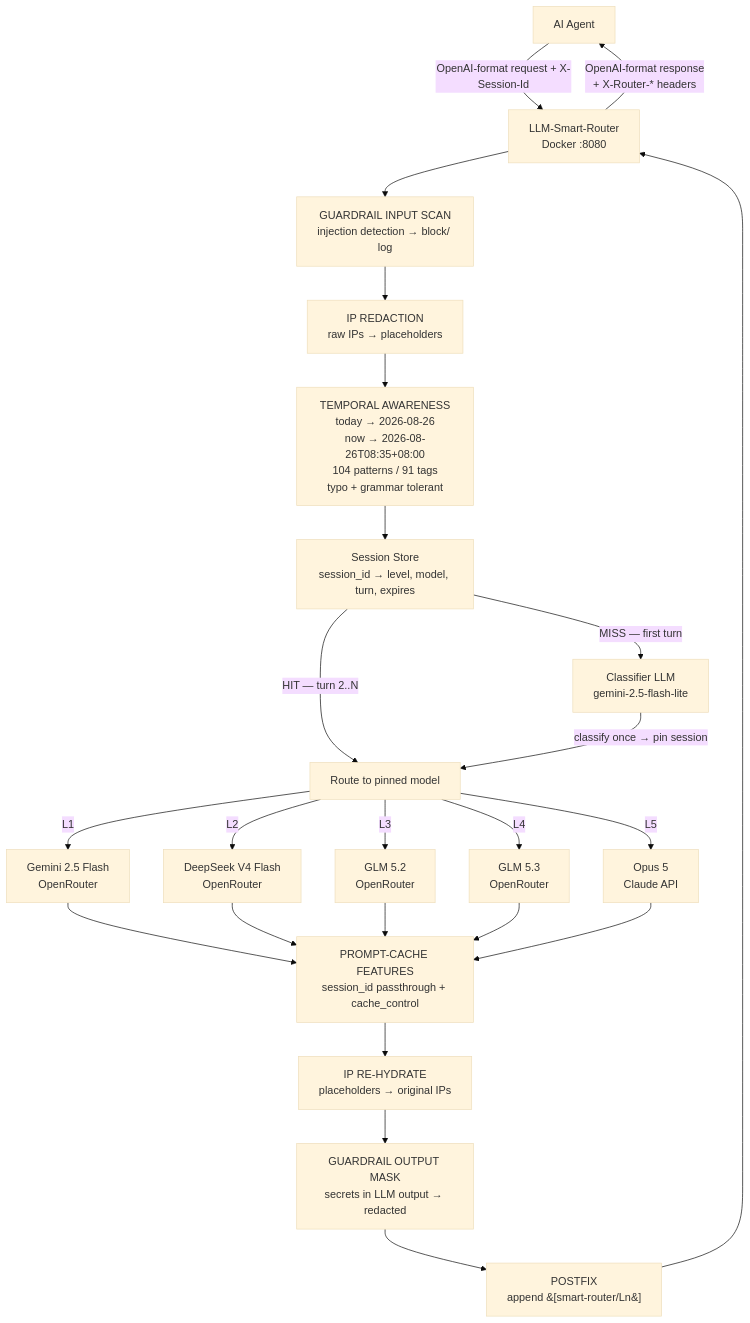
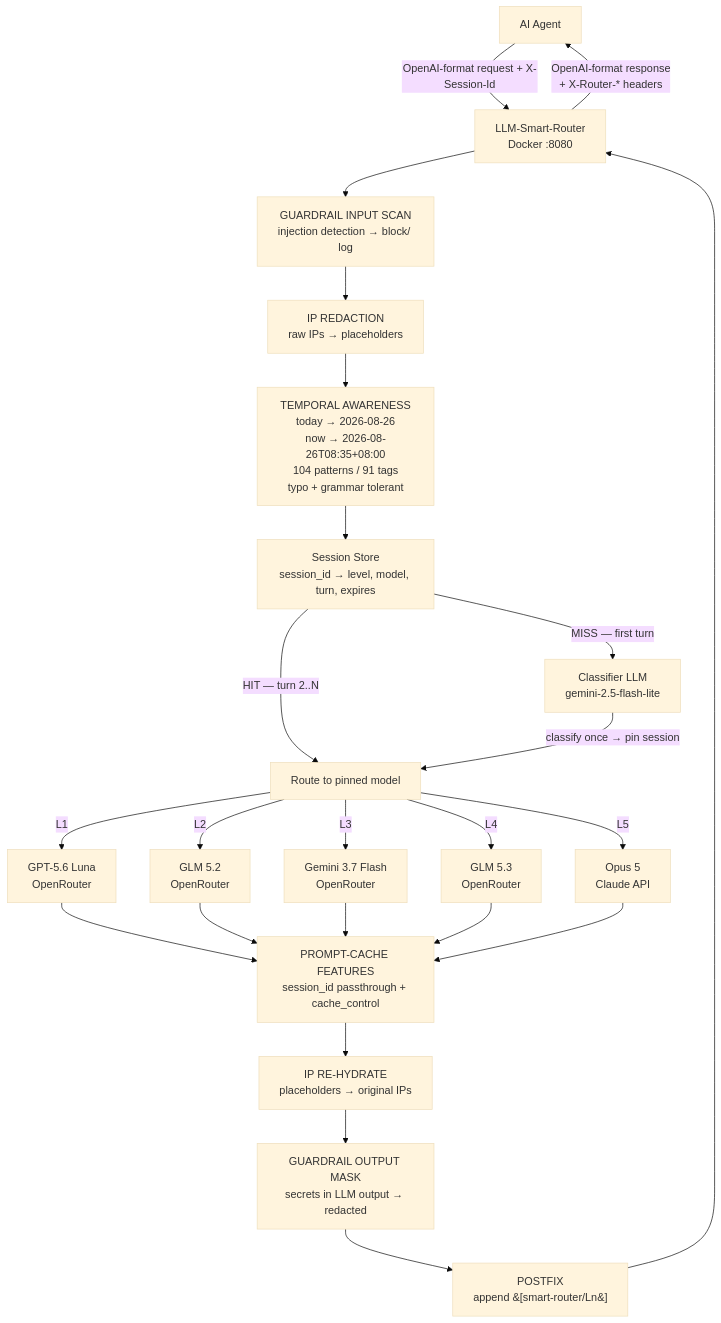
Before and after one commit to Green-Needle-Tech/llm-smart-router: the first of 2 diagrams in llm-smart-router-spec.md, drawn with Mermaid (base theme). The commit also changed 3 other files, not shown here.

First line of the commit message:
chore(routing): update L1-L5 tier models and Mermaid diagrams

````diff
--- a/llm-smart-router-spec.md
+++ b/llm-smart-router-spec.md
@@ -40,30 +40,30 @@
 ```mermaid
 flowchart TD
     A[AI Agent] -->|"OpenAI-format request + X-Session-Id"| B["LLM-Smart-Router<br/>Docker :8080"]
     B -->|"OpenAI-format response<br/>+ X-Router-* headers"| A
     B --> G["GUARDRAIL INPUT SCAN<br/>injection detection → block/ log"]
     G --> P["IP REDACTION<br/>raw IPs → placeholders"]
     P --> P2T["TEMPORAL AWARENESS\ntoday → 2026-08-26\nnow → 2026-08-26T08:35+08:00\n104 patterns / 91 tags\ntypo + grammar tolerant"]
     P2T --> S["Session Store<br/>session_id → level, model, turn, expires"]
 
     S -->|"MISS — first turn"| C["Classifier LLM<br/>gemini-2.5-flash-lite"]
     S -->|"HIT — turn 2..N"| R["Route to pinned model"]
 
     C -->|"classify once → pin session"| R
 
-    R -->|"L1"| M1["Gemini 2.5 Flash<br/>OpenRouter"]
-    R -->|"L2"| M2["DeepSeek V4 Flash<br/>OpenRouter"]
-    R -->|"L3"| M3["GLM 5.2<br/>OpenRouter"]
+    R -->|"L1"| M1["GPT-5.6 Luna<br/>OpenRouter"]
+    R -->|"L2"| M2["GLM 5.2<br/>OpenRouter"]
+    R -->|"L3"| M3["Gemini 3.7 Flash<br/>OpenRouter"]
     R -->|"L4"| M4["GLM 5.3<br/>OpenRouter"]
     R -->|"L5"| M5["Opus 5<br/>Claude API"]
 
     M1 --> PC["PROMPT-CACHE FEATURES<br/>session_id passthrough + cache_control"]
     M2 --> PC
     M3 --> PC
     M4 --> PC
     M5 --> PC
     PC --> RH["IP RE-HYDRATE<br/>placeholders → original IPs"]
     RH --> OM["GUARDRAIL OUTPUT MASK<br/>secrets in LLM output → redacted"]
     OM --> PF["POSTFIX<br/>append &#91;smart-router/Ln&#93;"]
     PF --> B
 ```
````
